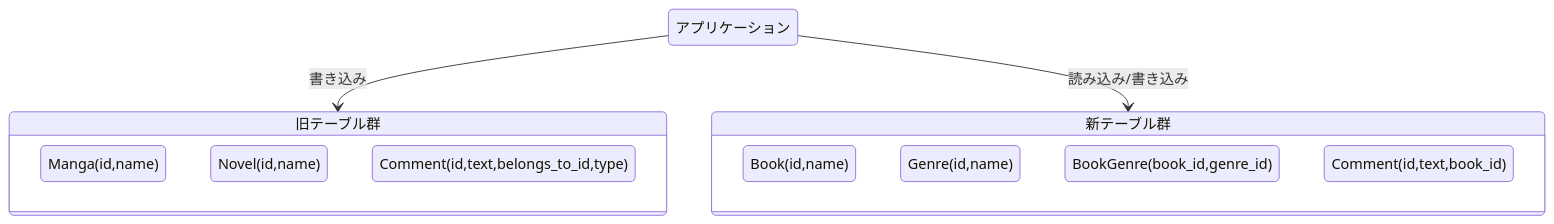
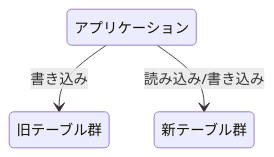
Before and after one commit to gn-t-k/zenn-content: the sixth of 7 diagrams in articles/abceef00258275.md, drawn with Mermaid. The commit also changed other lines of this file, not shown here.

Commit message:
図が見にくかったので修正

````diff
--- a/articles/abceef00258275.md
+++ b/articles/abceef00258275.md
@@ -200,22 +169,9 @@
 ```mermaid
 stateDiagram-v2
     app: アプリケーション
-
     old: 旧テーブル群
-    state old {
-      Manga(id,name)
-      Novel(id,name)
-      Comment(id,text,belongs_to_id,type)
-    }
-
     new: 新テーブル群
-    state new {
-      Book(id,name)
-      Genre(id,name)
-      BookGenre(book_id,genre_id)
-      Comment(id,text,book_id)
-    }
 
     app --> old: 書き込み
     app --> new: 読み込み/書き込み
 ```
````
